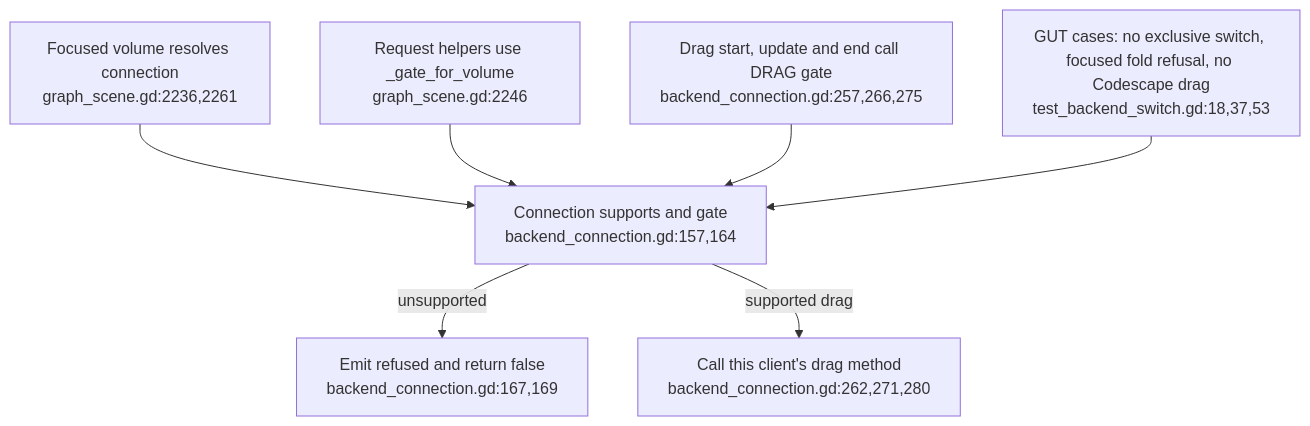
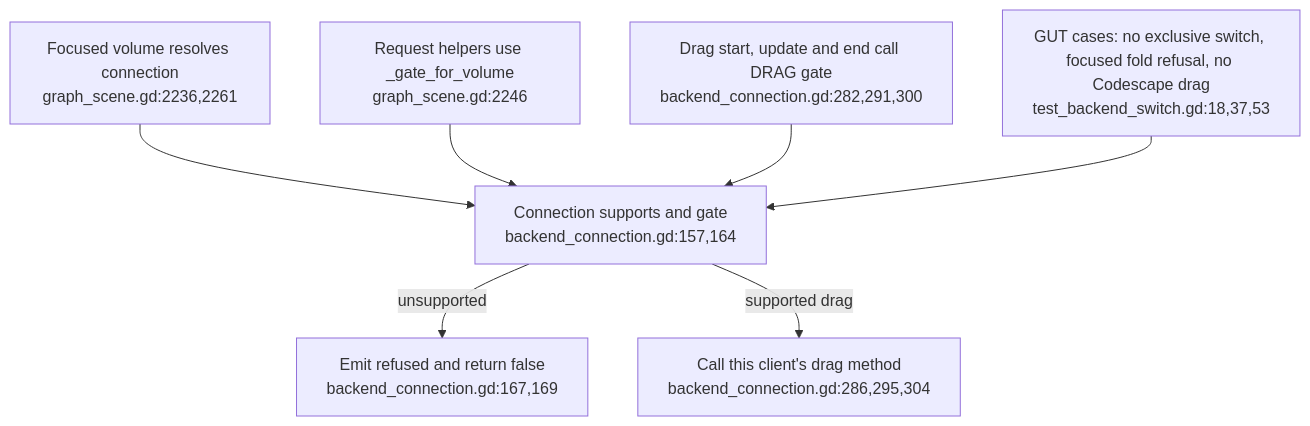
One commit to DreamLab-AI/VisionFlow changed the second of 3 diagrams in docs/diagrams/visionclaw/44-xr-concurrent-backend-connections.md. Above: the diagram before and after it, drawn with Mermaid. The commit also changed other lines of this file and 49 other files, not shown here.

First line of the commit message:
docs(diagrams): re-derive and re-stamp VisionClaw, estate, knowledge-graph, visionGraph, VisionFlow and sidestr topics

````diff
--- a/docs/diagrams/visionclaw/44-xr-concurrent-backend-connections.md
+++ b/docs/diagrams/visionclaw/44-xr-concurrent-backend-connections.md
@@ -53,9 +53,9 @@
 ```mermaid
 flowchart TD
     FOCUS["Focused volume resolves connection<br/>graph_scene.gd:2236,2261"] --> CAP["Connection supports and gate<br/>backend_connection.gd:157,164"]
     REQ["Request helpers use _gate_for_volume<br/>graph_scene.gd:2246"] --> CAP
-    DRAG["Drag start, update and end call DRAG gate<br/>backend_connection.gd:257,266,275"] --> CAP
+    DRAG["Drag start, update and end call DRAG gate<br/>backend_connection.gd:282,291,300"] --> CAP
     CAP -->|unsupported| NO["Emit refused and return false<br/>backend_connection.gd:167,169"]
-    CAP -->|supported drag| SEND["Call this client's drag method<br/>backend_connection.gd:262,271,280"]
+    CAP -->|supported drag| SEND["Call this client's drag method<br/>backend_connection.gd:286,295,304"]
     TEST["GUT cases: no exclusive switch, focused fold refusal, no Codescape drag<br/>test_backend_switch.gd:18,37,53"] --> CAP
 ```
````
